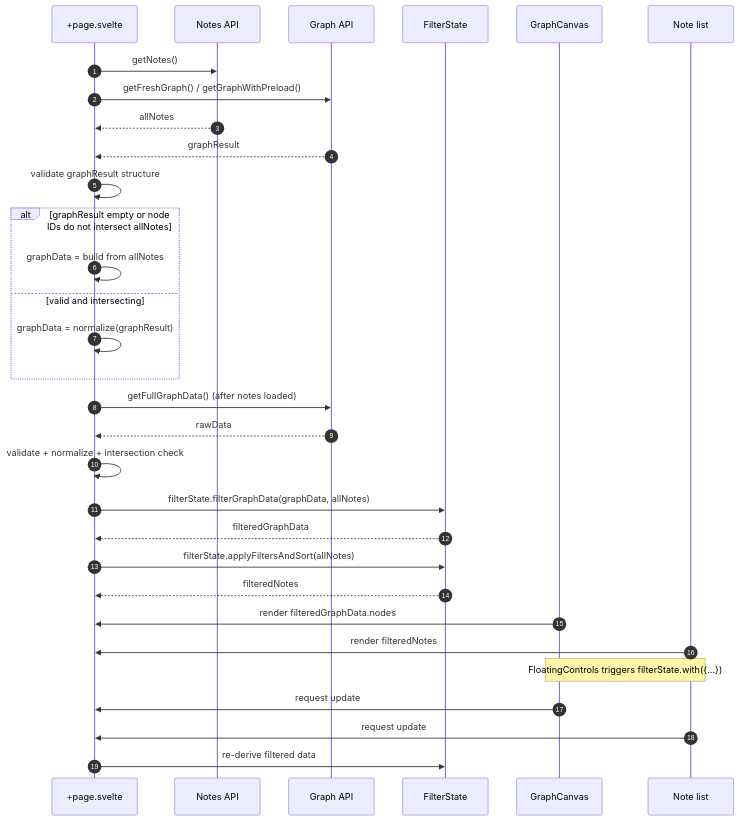
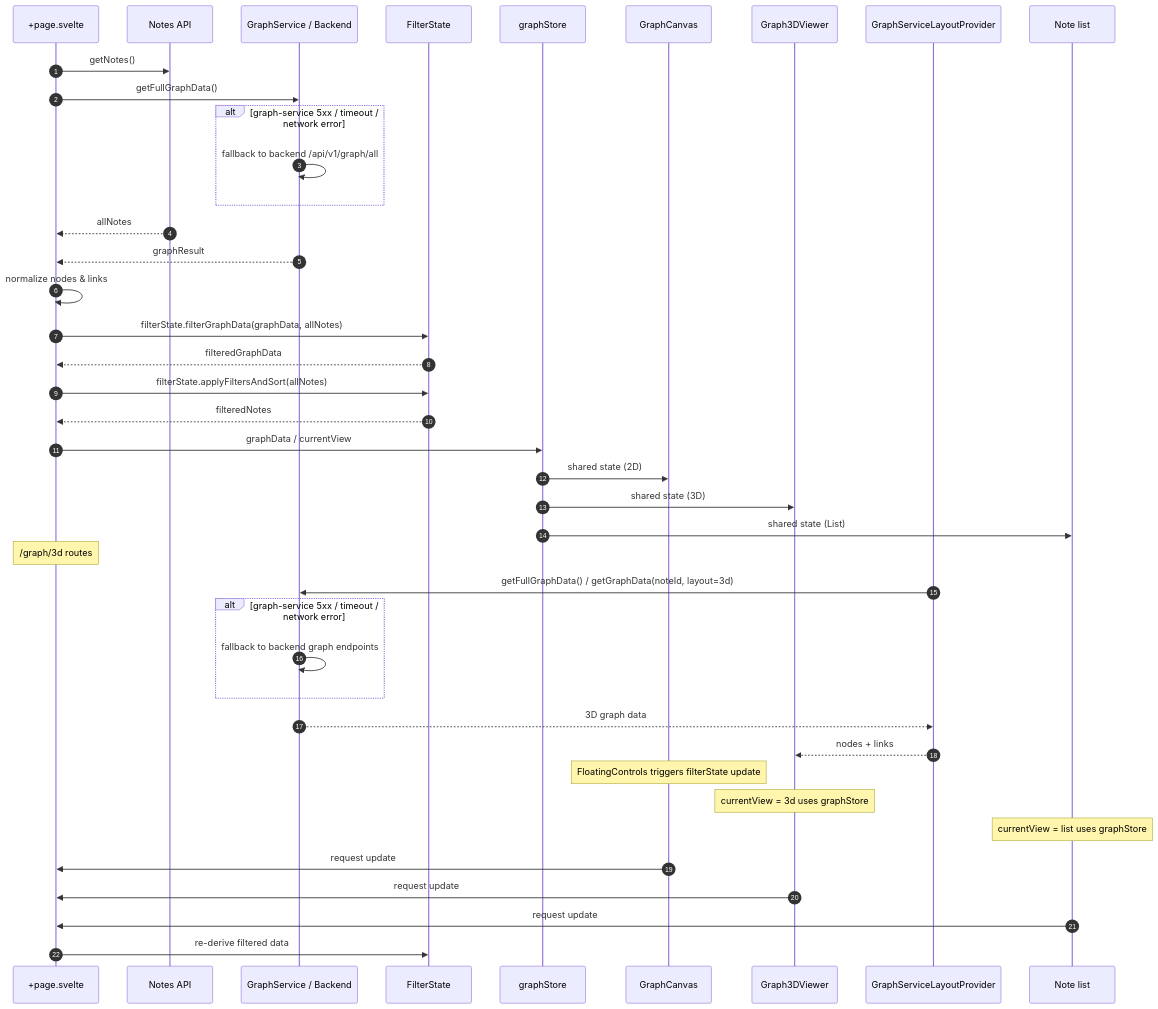
One commit to Killaret/knowledge-graph changed the diagram in docs/assets/graph-loading-flow.mmd. Above: the diagram before and after it, drawn with Mermaid. The commit also changed 43 other files, not shown here.

First line of the commit message:
Add graph-service analytics, materialized view, CI/CD hardening, and 3D docs.

```diff
--- a/docs/assets/graph-loading-flow.mmd
+++ b/docs/assets/graph-loading-flow.mmd
@@ -1,37 +1,48 @@
 sequenceDiagram
     autonumber
     participant P as +page.svelte
     participant Notes as Notes API
-    participant Graph as Graph API
+    participant Graph as GraphService / Backend
     participant FS as FilterState
+    participant Store as graphStore
     participant GC as GraphCanvas
+    participant G3D as Graph3DViewer
+    participant GSP as GraphServiceLayoutProvider
     participant LV as Note list
 
     P->>Notes: getNotes()
-    P->>Graph: getFreshGraph() / getGraphWithPreload()
+    P->>Graph: getFullGraphData()
+    alt graph-service 5xx / timeout / network error
+        Graph->>Graph: fallback to backend /api/v1/graph/all
+    end
     Notes-->>P: allNotes
     Graph-->>P: graphResult
 
-    P->>P: validate graphResult structure
-    alt graphResult empty or node IDs do not intersect allNotes
-        P->>P: graphData = build from allNotes
-    else valid and intersecting
-        P->>P: graphData = normalize(graphResult)
-    end
-
-    P->>Graph: getFullGraphData() (after notes loaded)
-    Graph-->>P: rawData
-    P->>P: validate + normalize + intersection check
+    P->>P: normalize nodes & links
 
     P->>FS: filterState.filterGraphData(graphData, allNotes)
     FS-->>P: filteredGraphData
     P->>FS: filterState.applyFiltersAndSort(allNotes)
     FS-->>P: filteredNotes
 
-    GC->>P: render filteredGraphData.nodes
-    LV->>P: render filteredNotes
+    P->>Store: graphData / currentView
 
-    Note over GC,LV: FloatingControls triggers filterState.with({...})
+    Store->>GC: shared state (2D)
+    Store->>G3D: shared state (3D)
+    Store->>LV: shared state (List)
+
+    Note over P: /graph/3d routes
+    GSP->>Graph: getFullGraphData() / getGraphData(noteId, layout=3d)
+    alt graph-service 5xx / timeout / network error
+        Graph->>Graph: fallback to backend graph endpoints
+    end
+    Graph-->>GSP: 3D graph data
+    GSP-->>G3D: nodes + links
+
+    Note over GC: FloatingControls triggers filterState update
+    Note over G3D: currentView = 3d uses graphStore
+    Note over LV: currentView = list uses graphStore
     GC->>P: request update
+    G3D->>P: request update
     LV->>P: request update
     P->>FS: re-derive filtered data
```
